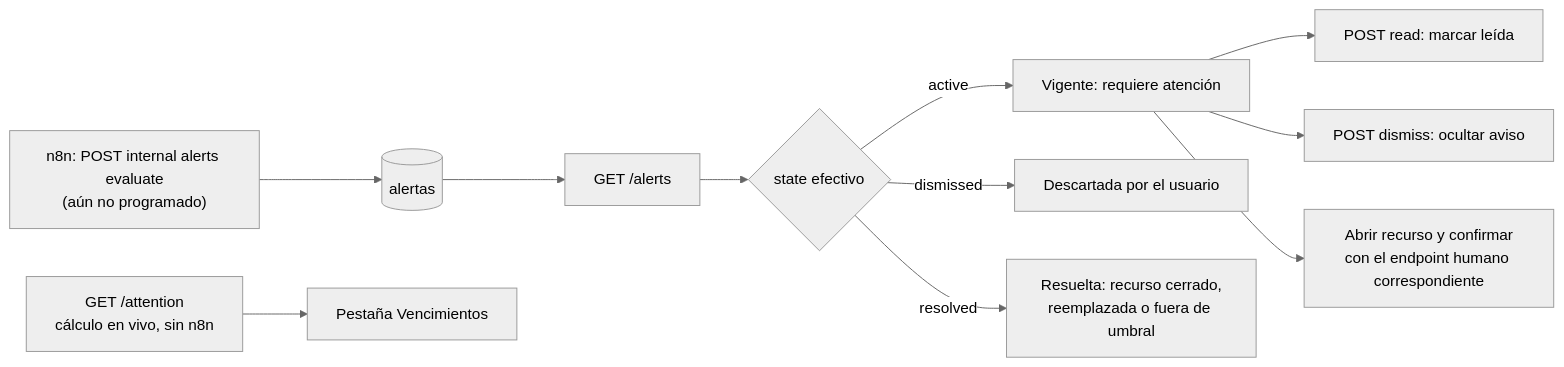
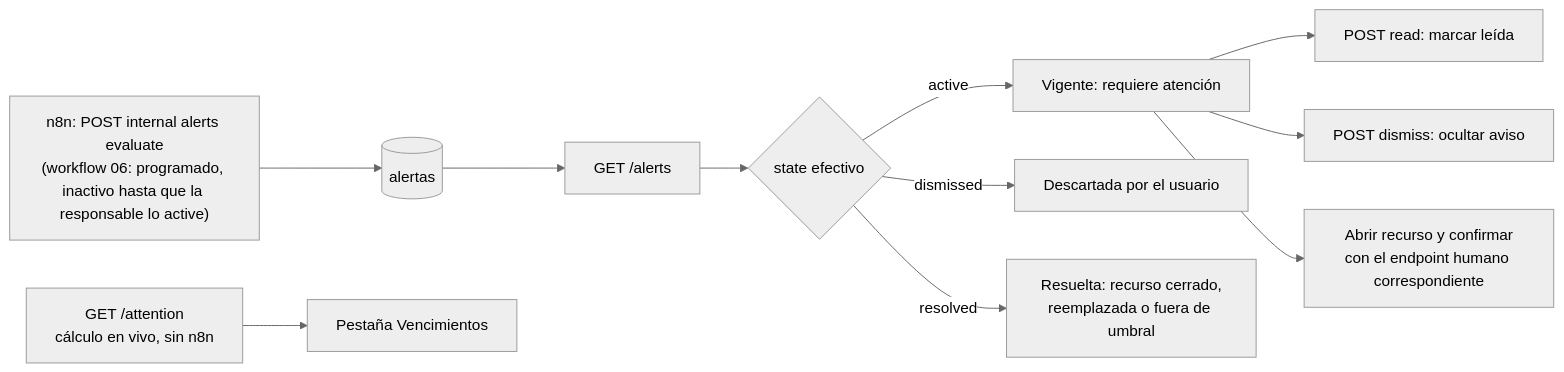
Before and after one commit to Eliza-05/notihouse-pal: the seventh of 7 diagrams in docs/frontend/GUIA_FRONTEND_NOTIHOUSE_PAL.md, drawn with Mermaid (neutral theme). The commit also changed other lines of this file and 1 other file, not shown here.

````diff
--- a/docs/frontend/GUIA_FRONTEND_NOTIHOUSE_PAL.md
+++ b/docs/frontend/GUIA_FRONTEND_NOTIHOUSE_PAL.md
@@ -1231,13 +1265,13 @@
 ```mermaid
 flowchart LR
-  EV["n8n: POST internal alerts evaluate<br/>(aún no programado)"] --> AL[("alertas")]
+  EV["n8n: POST internal alerts evaluate<br/>(workflow 06: programado, inactivo hasta que la responsable lo active)"] --> AL[("alertas")]
   AL --> L["GET /alerts"]
   L --> S{"state efectivo"}
   S -- "active" --> V["Vigente: requiere atención"]
   S -- "dismissed" --> DI["Descartada por el usuario"]
   S -- "resolved" --> RS["Resuelta: recurso cerrado,<br/>reemplazada o fuera de umbral"]
   V --> A1["POST read: marcar leída"]
   V --> A2["POST dismiss: ocultar aviso"]
   V --> A3["Abrir recurso y confirmar<br/>con el endpoint humano correspondiente"]
   BT["GET /attention<br/>cálculo en vivo, sin n8n"] --> L2["Pestaña Vencimientos"]
 ```
````
